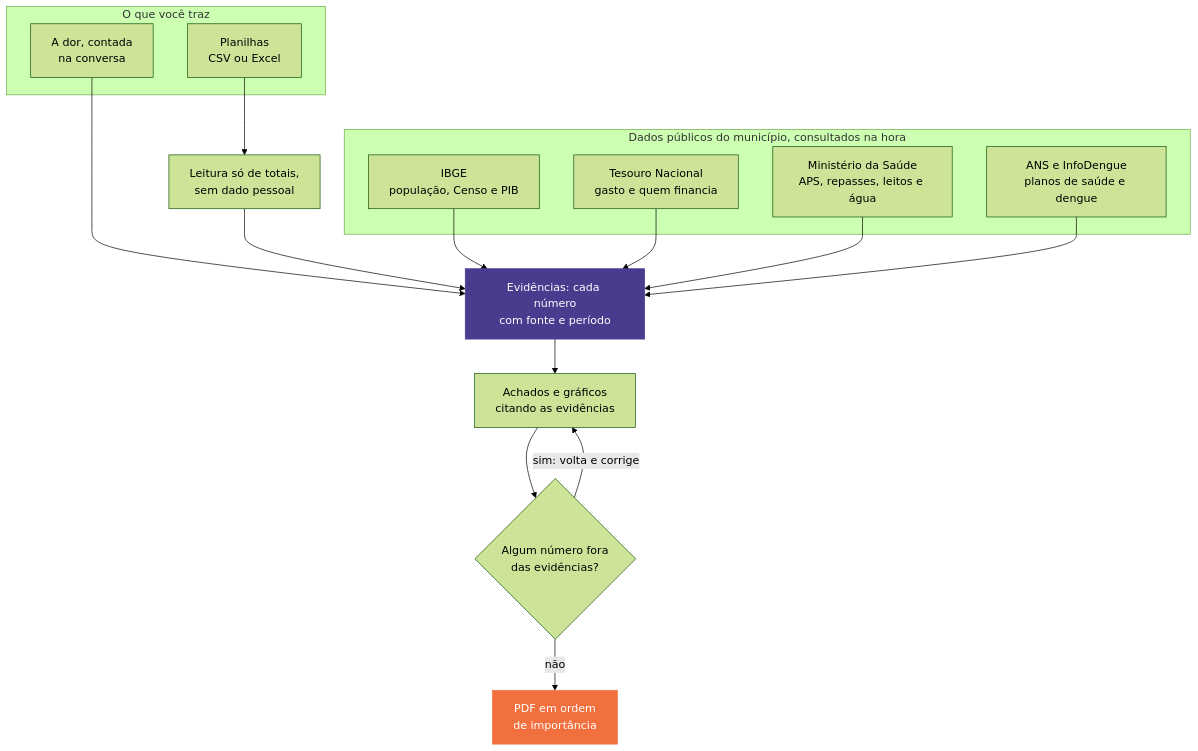
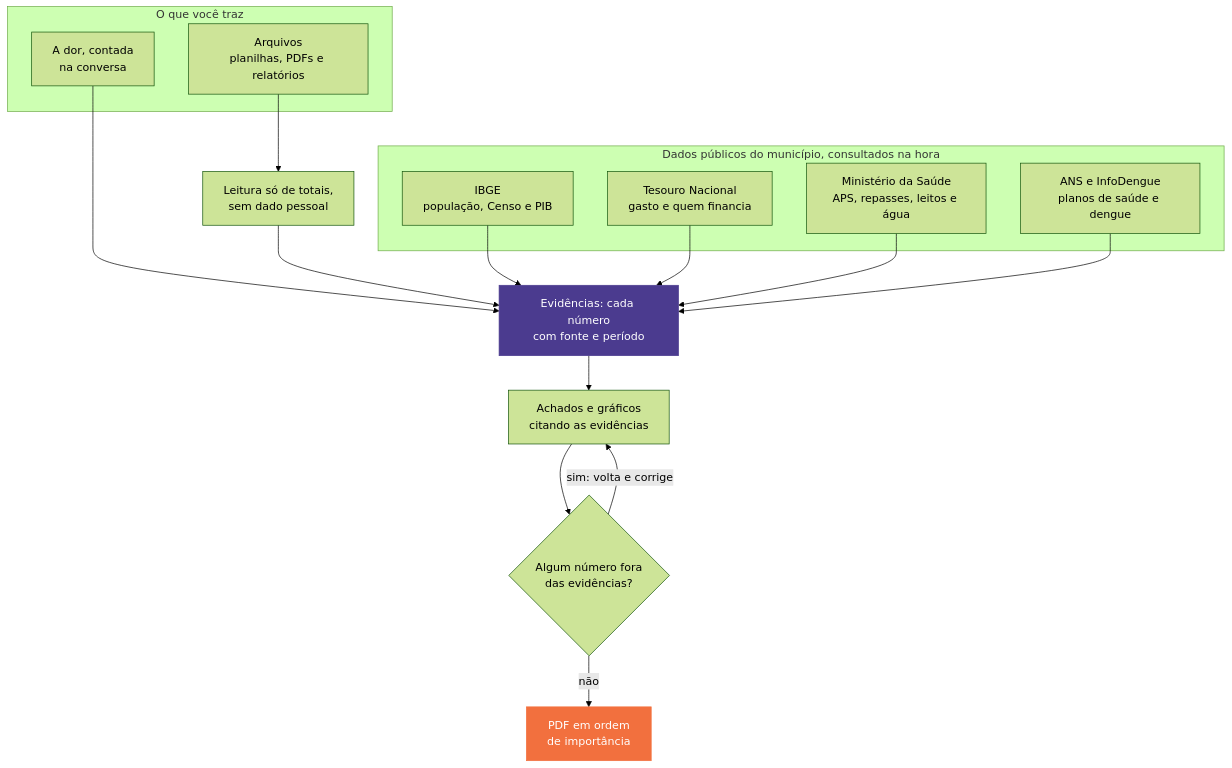
One commit to guilhermefaj/improve-saude changed the diagram in README.md. Above: the diagram before and after it, drawn with Mermaid (forest theme). The commit also changed other lines of this file and 4 other files, not shown here.

````diff
--- a/README.md
+++ b/README.md
@@ -36,25 +36,25 @@
 ```mermaid
 flowchart TB
   subgraph voce["O que você traz"]
     A1["A dor, contada<br>na conversa"]
-    A2["Planilhas<br>CSV ou Excel"]
+    A2["Arquivos<br>planilhas, PDFs e relatórios"]
   end
   subgraph fontes["Dados públicos do município, consultados na hora"]
     F1["IBGE<br>população, Censo e PIB"]
     F2["Tesouro Nacional<br>gasto e quem financia"]
     F3["Ministério da Saúde<br>APS, repasses, leitos e água"]
     F4["ANS e InfoDengue<br>planos de saúde e dengue"]
   end
   A2 --> L["Leitura só de totais,<br>sem dado pessoal"]
   A1 --> E
   L --> E["Evidências: cada número<br>com fonte e período"]
   F1 & F2 & F3 & F4 --> E
   E --> R["Achados e gráficos<br>citando as evidências"]
   R --> C{"Algum número fora<br>das evidências?"}
   C -- "sim: volta e corrige" --> R
   C -- "não" --> D["PDF em ordem<br>de importância"]
   classDef chave fill:#4B3B8F,stroke:#4B3B8F,color:#fff
   classDef fim fill:#F2703E,stroke:#F2703E,color:#fff
   class E chave
   class D fim
 ```
````
